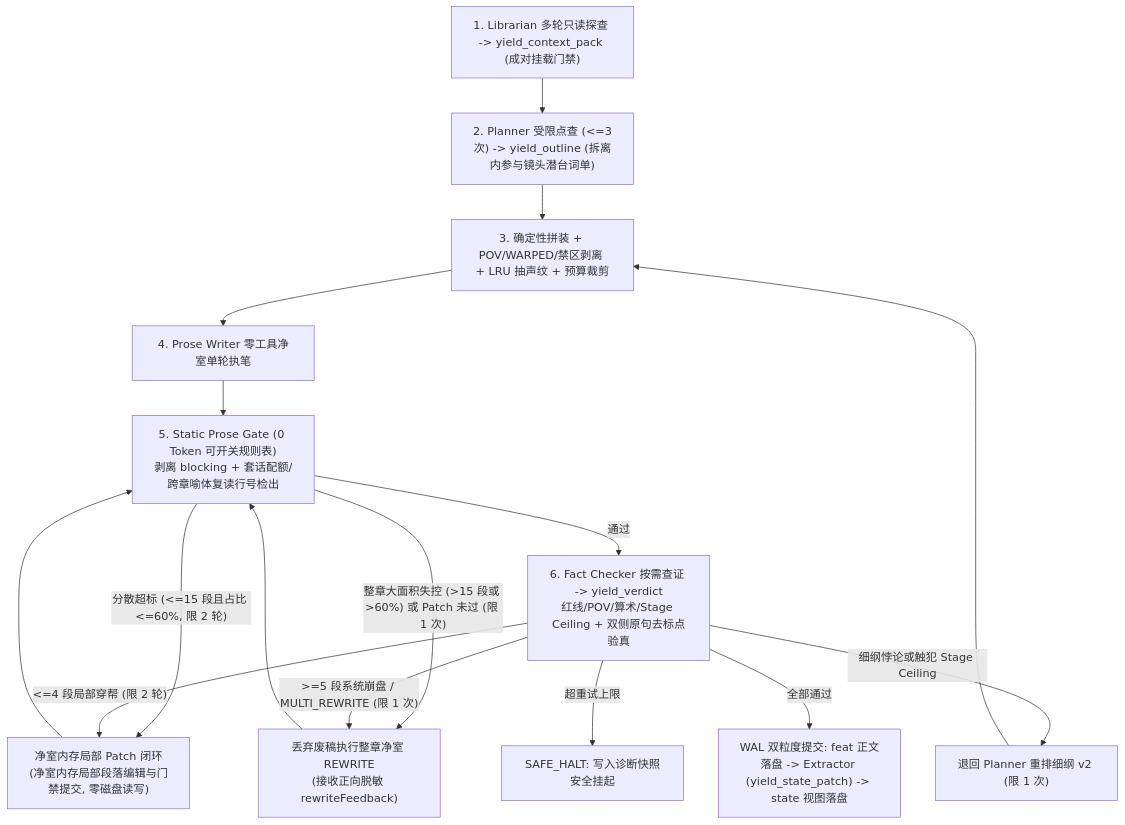
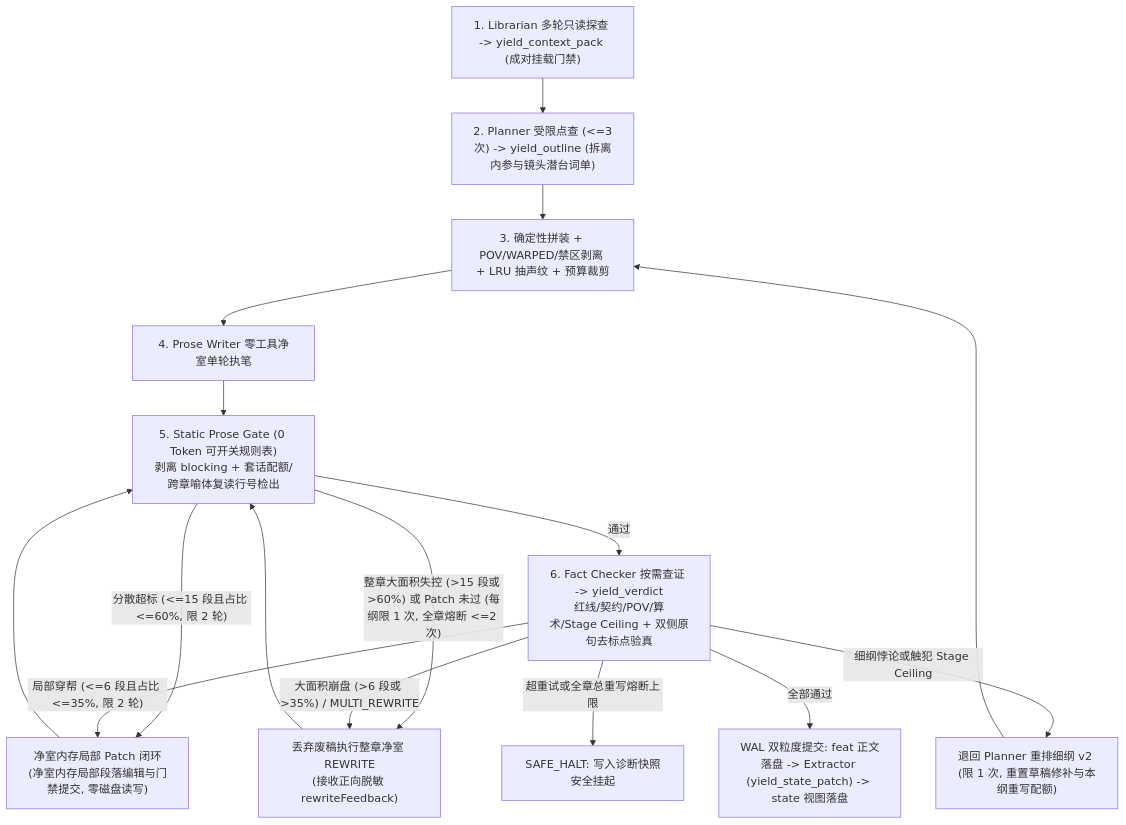
The second of 2 diagrams in docs/ARCHITECTURE.md (Liushenwuzhu-Alpaca/NarrateOS), drawn with Mermaid before and after one commit. The commit also changed other lines of this file and 6 other files, not shown here.

````diff
--- a/docs/ARCHITECTURE.md
+++ b/docs/ARCHITECTURE.md
@@ -239,18 +242,18 @@
 ```mermaid
 flowchart TD
     L["1. Librarian 多轮只读探查 -> yield_context_pack (成对挂载门禁)"] --> P["2. Planner 受限点查 (<=3次) -> yield_outline (拆离内参与镜头潜台词单)"]
     P --> K["3. 确定性拼装 + POV/WARPED/禁区剥离 + LRU 抽声纹 + 预算裁剪"]
     K --> W["4. Prose Writer 零工具净室单轮执笔"]
     W --> G["5. Static Prose Gate (0 Token 可开关规则表)<br/>剥离 blocking + 套话配额/跨章喻体复读行号检出"]
     G -- "分散超标 (<=15 段且占比 <=60%, 限 2 轮)" --> Patch["净室内存局部 Patch 闭环<br/>(净室内存局部段落编辑与门禁提交, 零磁盘读写)"]
-    G -- "整章大面积失控 (>15 段或 >60%) 或 Patch 未过 (限 1 次)" --> Rewrite["丢弃废稿执行整章净室 REWRITE<br/>(接收正向脱敏 rewriteFeedback)"]
-    G -- "通过" --> C["6. Fact Checker 按需查证 -> yield_verdict<br/>红线/POV/算术/Stage Ceiling + 双侧原句去标点验真"]
-    C -- "<=4 段局部穿帮 (限 2 轮)" --> Patch
+    G -- "整章大面积失控 (>15 段或 >60%) 或 Patch 未过 (每纲限 1 次, 全章熔断 <=2 次)" --> Rewrite["丢弃废稿执行整章净室 REWRITE<br/>(接收正向脱敏 rewriteFeedback)"]
+    G -- "通过" --> C["6. Fact Checker 按需查证 -> yield_verdict<br/>红线/契约/POV/算术/Stage Ceiling + 双侧原句去标点验真"]
+    C -- "局部穿帮 (<=6 段且占比 <=35%, 限 2 轮)" --> Patch
     Patch --> G
-    C -- ">=5 段系统崩盘 / MULTI_REWRITE (限 1 次)" --> Rewrite
+    C -- "大面积崩盘 (>6 段或 >35%) / MULTI_REWRITE" --> Rewrite
     Rewrite --> G
-    C -- "细纲悖论或触犯 Stage Ceiling" --> Replan["退回 Planner 重排细纲 v2 (限 1 次)"]
+    C -- "细纲悖论或触犯 Stage Ceiling" --> Replan["退回 Planner 重排细纲 v2 (限 1 次, 重置草稿修补与本纲重写配额)"]
     Replan --> K
-    C -- "超重试上限" --> Halt["SAFE_HALT: 写入诊断快照安全挂起"]
+    C -- "超重试或全章总重写熔断上限" --> Halt["SAFE_HALT: 写入诊断快照安全挂起"]
     C -- "全部通过" --> Commit["WAL 双粒度提交: feat 正文落盘 -> Extractor (yield_state_patch) -> state 视图落盘"]
 ```
````
